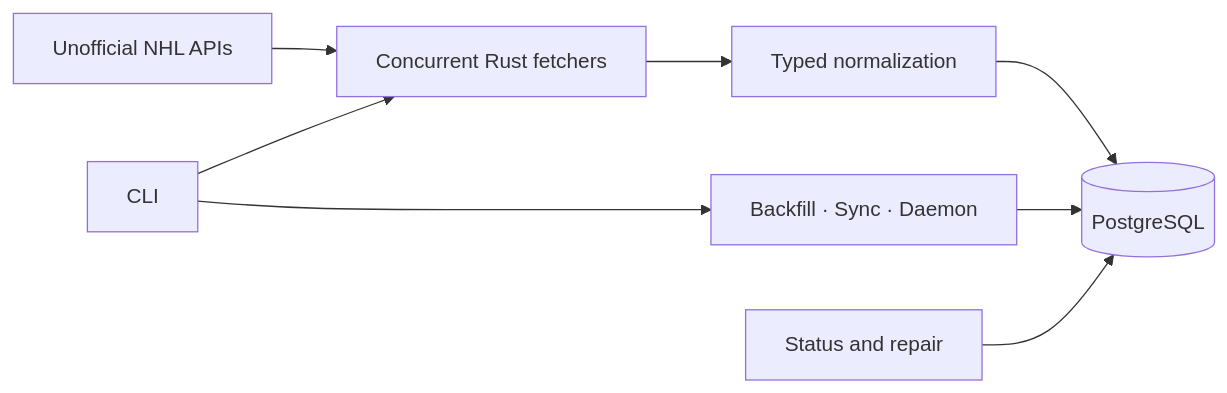
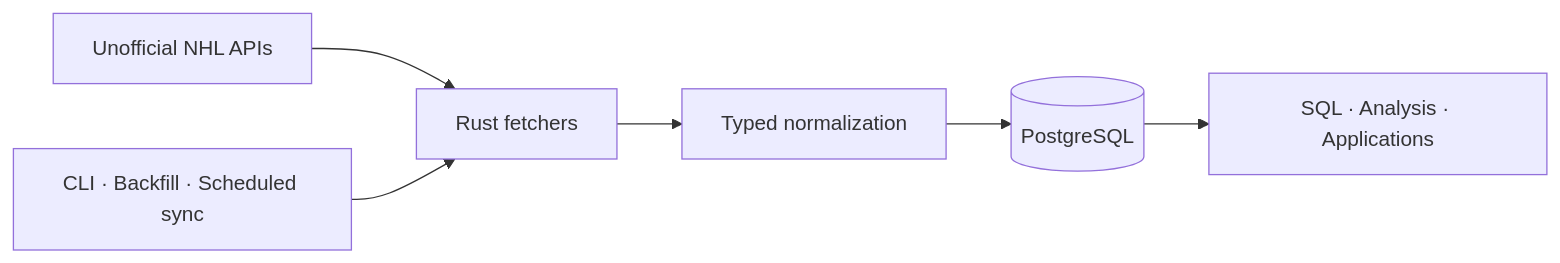
Before and after one commit to jberezow/PucksData: the diagram in README.md, drawn with Mermaid. The commit also changed other lines of this file and 7 other files, not shown here.

````diff
--- a/README.md
+++ b/README.md
@@ -18,10 +23,8 @@
 ```mermaid
 flowchart LR
-    NHL[Unofficial NHL APIs] --> Fetch[Concurrent Rust fetchers]
+    NHL[Unofficial NHL APIs] --> Fetch[Rust fetchers]
     Fetch --> Normalize[Typed normalization]
     Normalize --> PG[(PostgreSQL)]
-    CLI[CLI] --> Fetch
-    CLI --> Ops[Backfill · Sync · Daemon]
-    Ops --> PG
-    Health[Status and repair] --> PG
+    CLI[CLI · Backfill · Scheduled sync] --> Fetch
+    PG --> Readers[SQL · Analysis · Applications]
 ```
````
